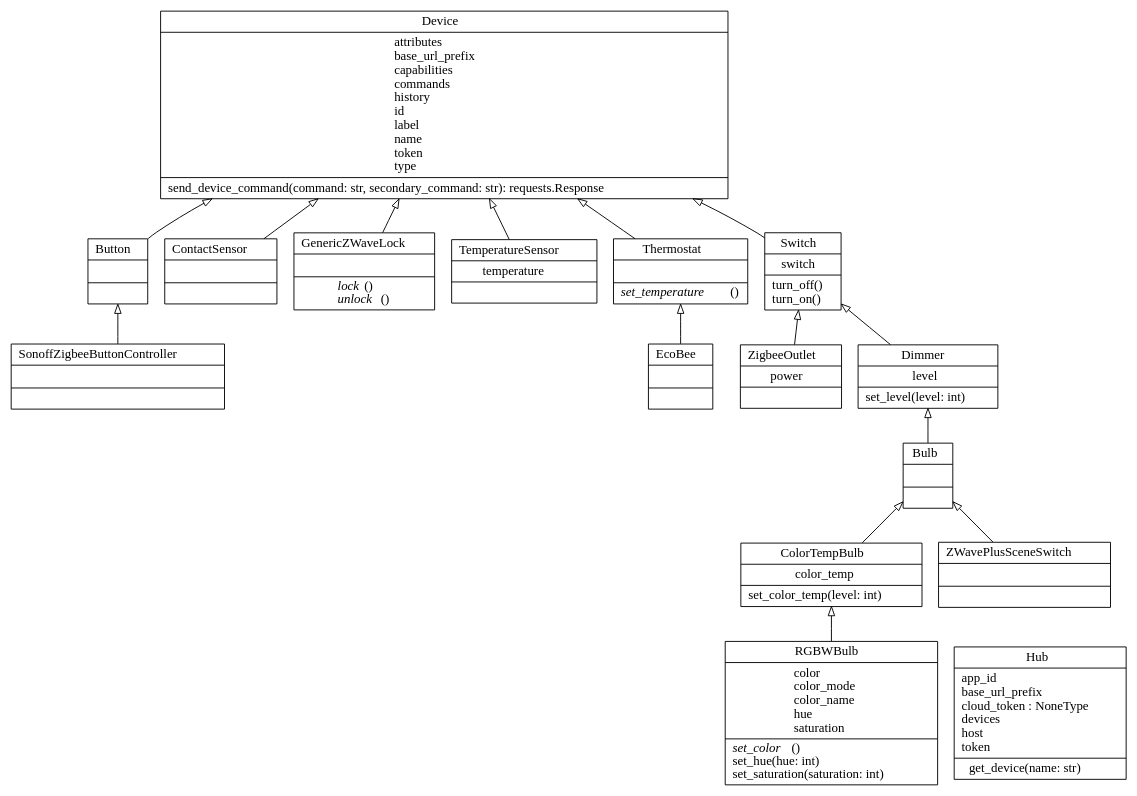
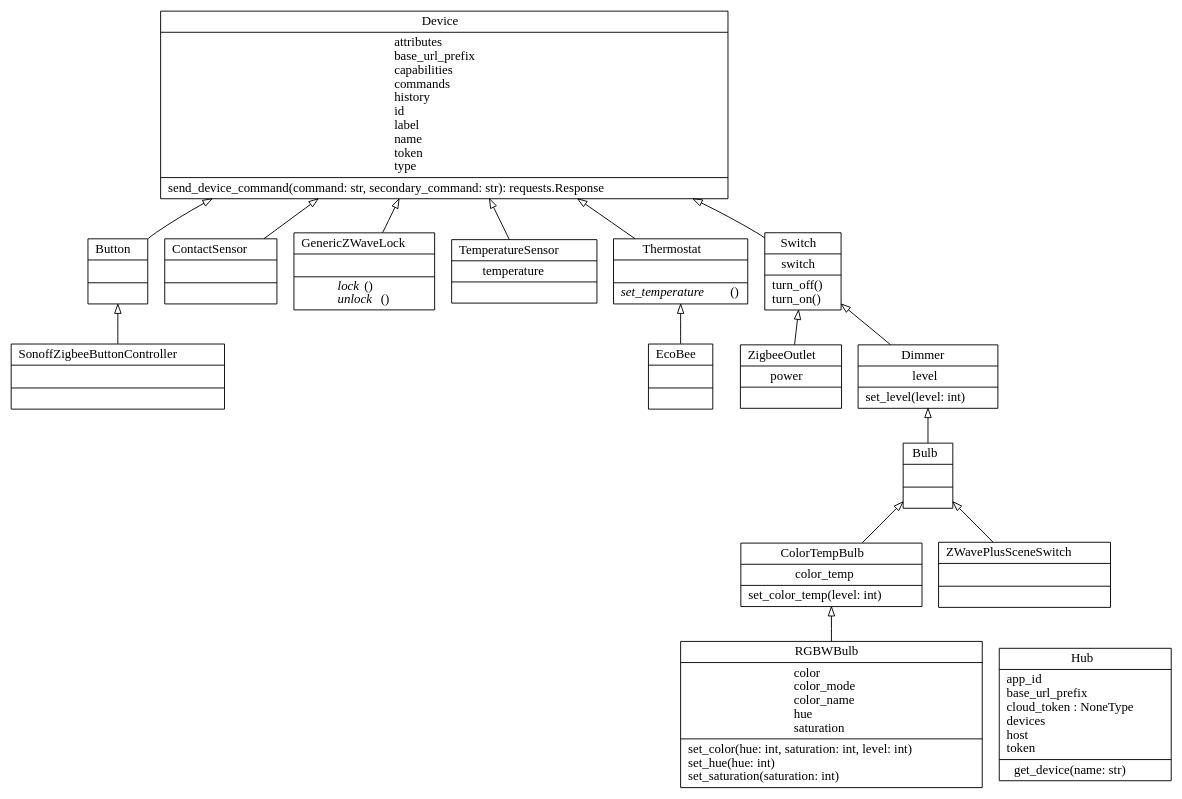
Before and after one commit to Jelloeater/hubitatcontrol: the diagram in docs/classes.dot, drawn with Graphviz. The commit also changed 2 other files, not shown here.

```diff
--- a/docs/classes.dot
+++ b/docs/classes.dot
@@ -1,34 +1,34 @@
 digraph "classes" {
 rankdir=BT
 charset="utf-8"
 "hubitatcontrol.lights.Bulb" [color="black", fontcolor="black", label=<{Bulb|<br ALIGN="LEFT"/>|}>, shape="record", style="solid"];
 "hubitatcontrol.generic.Button" [color="black", fontcolor="black", label=<{Button|<br ALIGN="LEFT"/>|}>, shape="record", style="solid"];
 "hubitatcontrol.lights.ColorTempBulb" [color="black", fontcolor="black", label=<{ColorTempBulb|color_temp<br ALIGN="LEFT"/>|set_color_temp(level: int)<br ALIGN="LEFT"/>}>, shape="record", style="solid"];
 "hubitatcontrol.sensors.ContactSensor" [color="black", fontcolor="black", label=<{ContactSensor|<br ALIGN="LEFT"/>|}>, shape="record", style="solid"];
 "hubitatcontrol.hub.Device" [color="black", fontcolor="black", label=<{Device|attributes<br ALIGN="LEFT"/>base_url_prefix<br ALIGN="LEFT"/>capabilities<br ALIGN="LEFT"/>commands<br ALIGN="LEFT"/>history<br ALIGN="LEFT"/>id<br ALIGN="LEFT"/>label<br ALIGN="LEFT"/>name<br ALIGN="LEFT"/>token<br ALIGN="LEFT"/>type<br ALIGN="LEFT"/>|send_device_command(command: str, secondary_command: str): requests.Response<br ALIGN="LEFT"/>}>, shape="record", style="solid"];
 "hubitatcontrol.lights.Dimmer" [color="black", fontcolor="black", label=<{Dimmer|level<br ALIGN="LEFT"/>|set_level(level: int)<br ALIGN="LEFT"/>}>, shape="record", style="solid"];
 "hubitatcontrol.generic.EcoBee" [color="black", fontcolor="black", label=<{EcoBee|<br ALIGN="LEFT"/>|}>, shape="record", style="solid"];
 "hubitatcontrol.generic.GenericZWaveLock" [color="black", fontcolor="black", label=<{GenericZWaveLock|<br ALIGN="LEFT"/>|<I>lock</I>()<br ALIGN="LEFT"/><I>unlock</I>()<br ALIGN="LEFT"/>}>, shape="record", style="solid"];
 "hubitatcontrol.hub.Hub" [color="black", fontcolor="black", label=<{Hub|app_id<br ALIGN="LEFT"/>base_url_prefix<br ALIGN="LEFT"/>cloud_token : NoneType<br ALIGN="LEFT"/>devices<br ALIGN="LEFT"/>host<br ALIGN="LEFT"/>token<br ALIGN="LEFT"/>|get_device(name: str)<br ALIGN="LEFT"/>}>, shape="record", style="solid"];
-"hubitatcontrol.lights.RGBWBulb" [color="black", fontcolor="black", label=<{RGBWBulb|color<br ALIGN="LEFT"/>color_mode<br ALIGN="LEFT"/>color_name<br ALIGN="LEFT"/>hue<br ALIGN="LEFT"/>saturation<br ALIGN="LEFT"/>|<I>set_color</I>()<br ALIGN="LEFT"/>set_hue(hue: int)<br ALIGN="LEFT"/>set_saturation(saturation: int)<br ALIGN="LEFT"/>}>, shape="record", style="solid"];
+"hubitatcontrol.lights.RGBWBulb" [color="black", fontcolor="black", label=<{RGBWBulb|color<br ALIGN="LEFT"/>color_mode<br ALIGN="LEFT"/>color_name<br ALIGN="LEFT"/>hue<br ALIGN="LEFT"/>saturation<br ALIGN="LEFT"/>|set_color(hue: int, saturation: int, level: int)<br ALIGN="LEFT"/>set_hue(hue: int)<br ALIGN="LEFT"/>set_saturation(saturation: int)<br ALIGN="LEFT"/>}>, shape="record", style="solid"];
 "hubitatcontrol.generic.SonoffZigbeeButtonController" [color="black", fontcolor="black", label=<{SonoffZigbeeButtonController|<br ALIGN="LEFT"/>|}>, shape="record", style="solid"];
 "hubitatcontrol.generic.Switch" [color="black", fontcolor="black", label=<{Switch|switch<br ALIGN="LEFT"/>|turn_off()<br ALIGN="LEFT"/>turn_on()<br ALIGN="LEFT"/>}>, shape="record", style="solid"];
 "hubitatcontrol.sensors.TemperatureSensor" [color="black", fontcolor="black", label=<{TemperatureSensor|temperature<br ALIGN="LEFT"/>|}>, shape="record", style="solid"];
 "hubitatcontrol.generic.Thermostat" [color="black", fontcolor="black", label=<{Thermostat|<br ALIGN="LEFT"/>|<I>set_temperature</I>()<br ALIGN="LEFT"/>}>, shape="record", style="solid"];
 "hubitatcontrol.lights.ZWavePlusSceneSwitch" [color="black", fontcolor="black", label=<{ZWavePlusSceneSwitch|<br ALIGN="LEFT"/>|}>, shape="record", style="solid"];
 "hubitatcontrol.generic.ZigbeeOutlet" [color="black", fontcolor="black", label=<{ZigbeeOutlet|power<br ALIGN="LEFT"/>|}>, shape="record", style="solid"];
 "hubitatcontrol.generic.Button" -> "hubitatcontrol.hub.Device" [arrowhead="empty", arrowtail="none"];
 "hubitatcontrol.generic.EcoBee" -> "hubitatcontrol.generic.Thermostat" [arrowhead="empty", arrowtail="none"];
 "hubitatcontrol.generic.GenericZWaveLock" -> "hubitatcontrol.hub.Device" [arrowhead="empty", arrowtail="none"];
 "hubitatcontrol.generic.SonoffZigbeeButtonController" -> "hubitatcontrol.generic.Button" [arrowhead="empty", arrowtail="none"];
 "hubitatcontrol.generic.Switch" -> "hubitatcontrol.hub.Device" [arrowhead="empty", arrowtail="none"];
 "hubitatcontrol.generic.Thermostat" -> "hubitatcontrol.hub.Device" [arrowhead="empty", arrowtail="none"];
 "hubitatcontrol.generic.ZigbeeOutlet" -> "hubitatcontrol.generic.Switch" [arrowhead="empty", arrowtail="none"];
 "hubitatcontrol.lights.Bulb" -> "hubitatcontrol.lights.Dimmer" [arrowhead="empty", arrowtail="none"];
 "hubitatcontrol.lights.ColorTempBulb" -> "hubitatcontrol.lights.Bulb" [arrowhead="empty", arrowtail="none"];
 "hubitatcontrol.lights.Dimmer" -> "hubitatcontrol.generic.Switch" [arrowhead="empty", arrowtail="none"];
 "hubitatcontrol.lights.RGBWBulb" -> "hubitatcontrol.lights.ColorTempBulb" [arrowhead="empty", arrowtail="none"];
 "hubitatcontrol.lights.ZWavePlusSceneSwitch" -> "hubitatcontrol.lights.Bulb" [arrowhead="empty", arrowtail="none"];
 "hubitatcontrol.sensors.ContactSensor" -> "hubitatcontrol.hub.Device" [arrowhead="empty", arrowtail="none"];
 "hubitatcontrol.sensors.TemperatureSensor" -> "hubitatcontrol.hub.Device" [arrowhead="empty", arrowtail="none"];
 }
```
